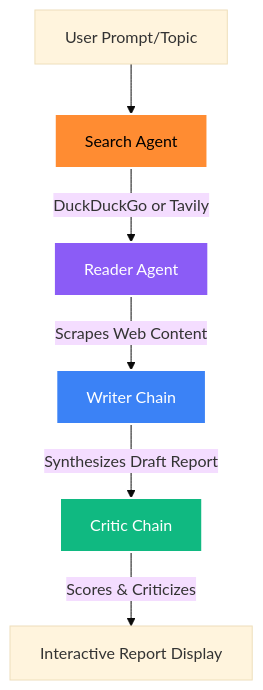
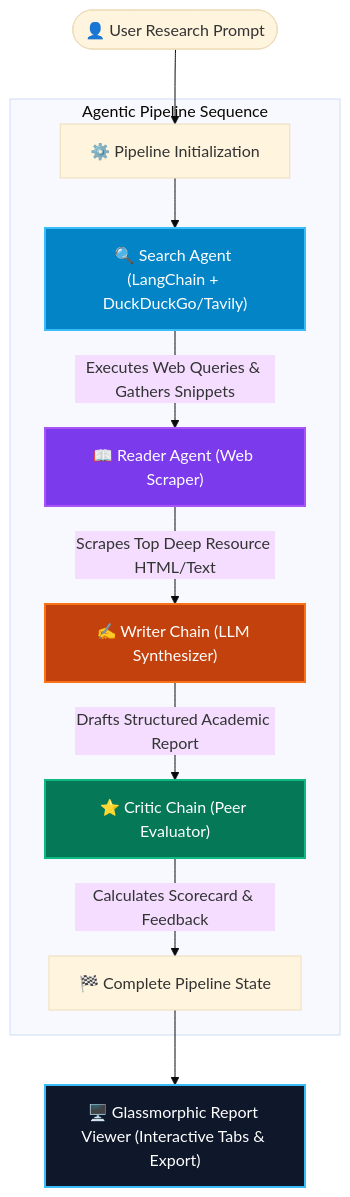
One commit to AdeenaRamzan/Multi-agent-research-system changed the diagram in README.md. Above: the diagram before and after it, drawn with Mermaid (base theme). The commit also changed other lines of this file, not shown here.

Commit message:
Update README.md with professional badges, Mermaid sequence diagram, live demo link, and architecture documentation

````diff
--- a/README.md
+++ b/README.md
@@ -37,13 +34,20 @@
 ```mermaid
 graph TD
-    A[User Prompt/Topic] --> B[Search Agent]
-    B -->|DuckDuckGo or Tavily| C[Reader Agent]
-    C -->|Scrapes Web Content| D[Writer Chain]
-    D -->|Synthesizes Draft Report| E[Critic Chain]
-    E -->|Scores & Criticizes| F[Interactive Report Display]
+    User([👤 User Research Prompt]) --> Init[⚙️ Pipeline Initialization]
     
-    style B fill:#ff8c32,stroke:#fff,stroke-width:2px,color:#000
-    style C fill:#8b5cf6,stroke:#fff,stroke-width:2px,color:#fff
-    style D fill:#3b82f6,stroke:#fff,stroke-width:2px,color:#fff
-    style E fill:#10b981,stroke:#fff,stroke-width:2px,color:#fff
+    subgraph "Agentic Pipeline Sequence"
+        Init --> SearchAgent["🔍 Search Agent (LangChain + DuckDuckGo/Tavily)"]
+        SearchAgent -->|Executes Web Queries & Gathers Snippets| ReaderAgent["📖 Reader Agent (Web Scraper)"]
+        ReaderAgent -->|Scrapes Top Deep Resource HTML/Text| WriterChain["✍️ Writer Chain (LLM Synthesizer)"]
+        WriterChain -->|Drafts Structured Academic Report| CriticChain["⭐ Critic Chain (Peer Evaluator)"]
+        CriticChain -->|Calculates Scorecard & Feedback| Complete[🏁 Complete Pipeline State]
+    end
+
+    Complete --> UI["🖥️ Glassmorphic Report Viewer (Interactive Tabs & Export)"]
+
+    style SearchAgent fill:#0284c7,stroke:#38bdf8,stroke-width:2px,color:#fff
+    style ReaderAgent fill:#7c3aed,stroke:#a855f7,stroke-width:2px,color:#fff
+    style WriterChain fill:#c2410c,stroke:#f97316,stroke-width:2px,color:#fff
+    style CriticChain fill:#047857,stroke:#10b981,stroke-width:2px,color:#fff
+    style UI fill:#0f172a,stroke:#38bdf8,stroke-width:2px,color:#fff
 ```
````
